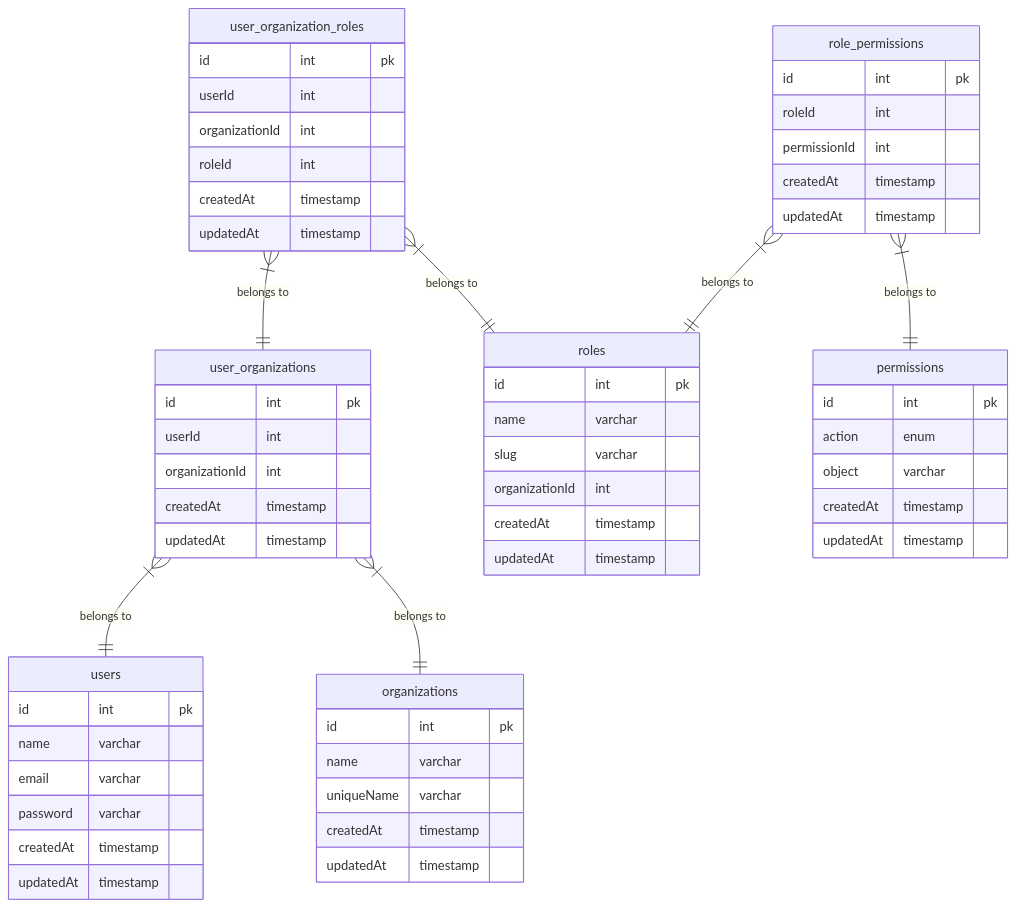
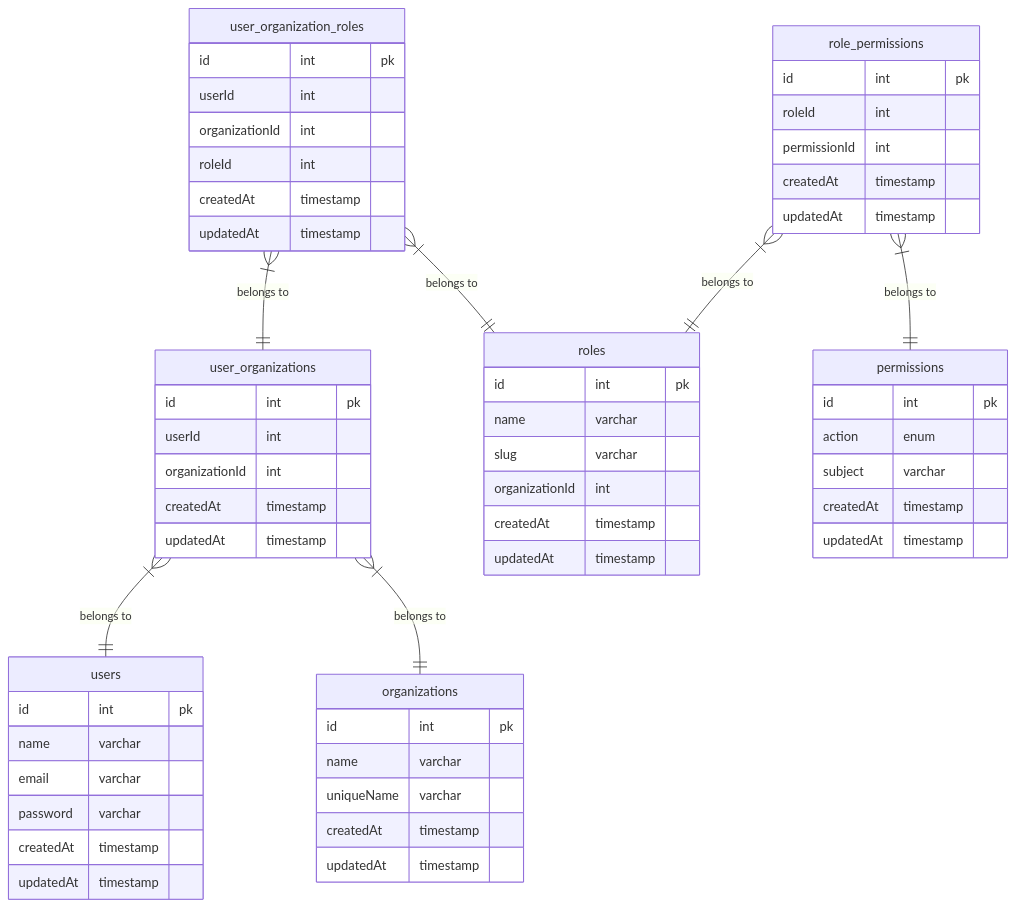
Before and after one commit to dylan751/ramen: the diagram in docs/db-schema/README.md, drawn with Mermaid. The commit also changed 16 other files, not shown here.

````diff
--- a/docs/db-schema/README.md
+++ b/docs/db-schema/README.md
@@ -17,68 +17,68 @@
 ```mermaid
 erDiagram
     organizations {
         id int pk
         name varchar
         uniqueName varchar
         createdAt timestamp
         updatedAt timestamp
     }
 
     roles {
         id int pk
         name varchar
         slug varchar
         organizationId int
         createdAt timestamp
         updatedAt timestamp
     }
 
     users {
         id int pk
         name varchar
         email varchar
         password varchar
         createdAt timestamp
         updatedAt timestamp
     }
 
     user_organizations {
         id int pk
         userId int
         organizationId int
         createdAt timestamp
         updatedAt timestamp
     }
 
     user_organization_roles {
         id int pk
         userId int
         organizationId int
         roleId int
         createdAt timestamp
         updatedAt timestamp
     }
 
     permissions {
         id int pk
         action enum
-        object varchar
+        subject varchar
         createdAt timestamp
         updatedAt timestamp
     }
 
     role_permissions {
         id int pk
         roleId int
         permissionId int
         createdAt timestamp
         updatedAt timestamp
     }
 
     user_organizations }|--|| users : "belongs to"
     user_organizations }|--|| organizations : "belongs to"
     user_organization_roles }|--|| user_organizations : "belongs to"
     user_organization_roles }|--|| roles : "belongs to"
     role_permissions }|--|| roles : "belongs to"
     role_permissions }|--|| permissions : "belongs to"
 ```
````
